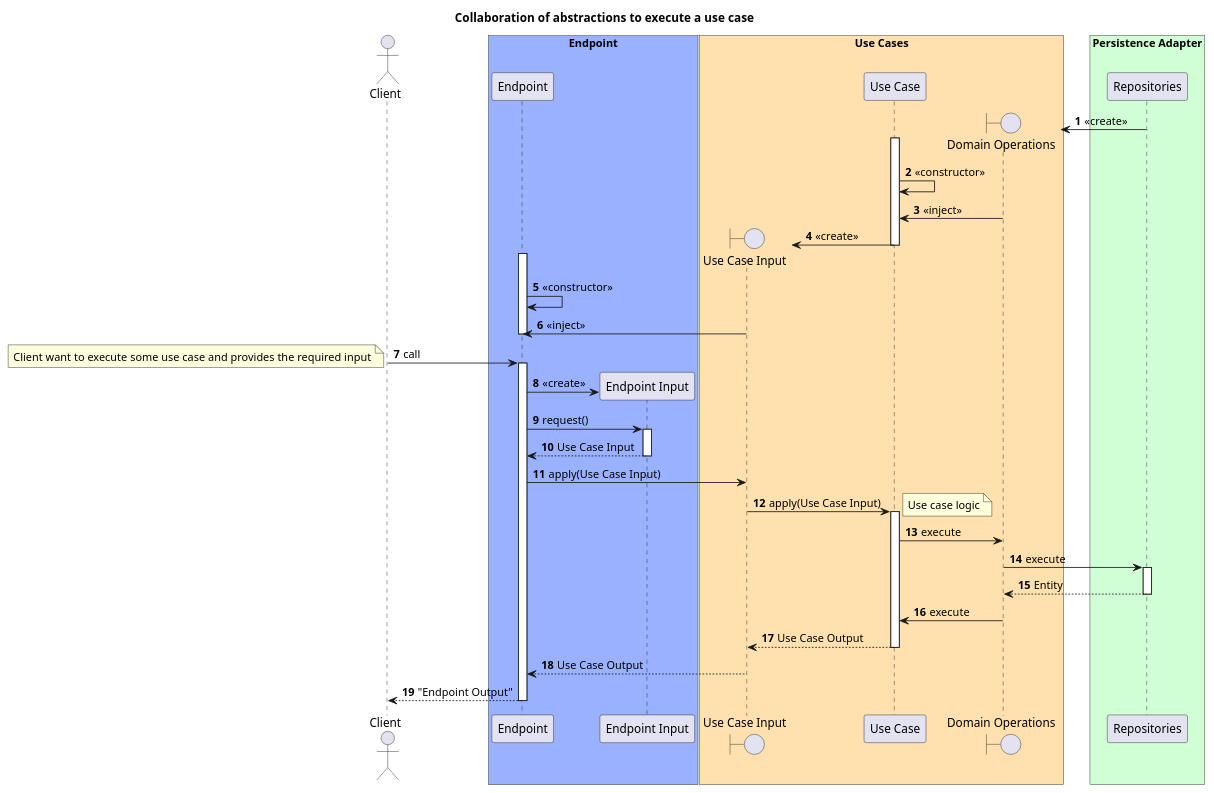
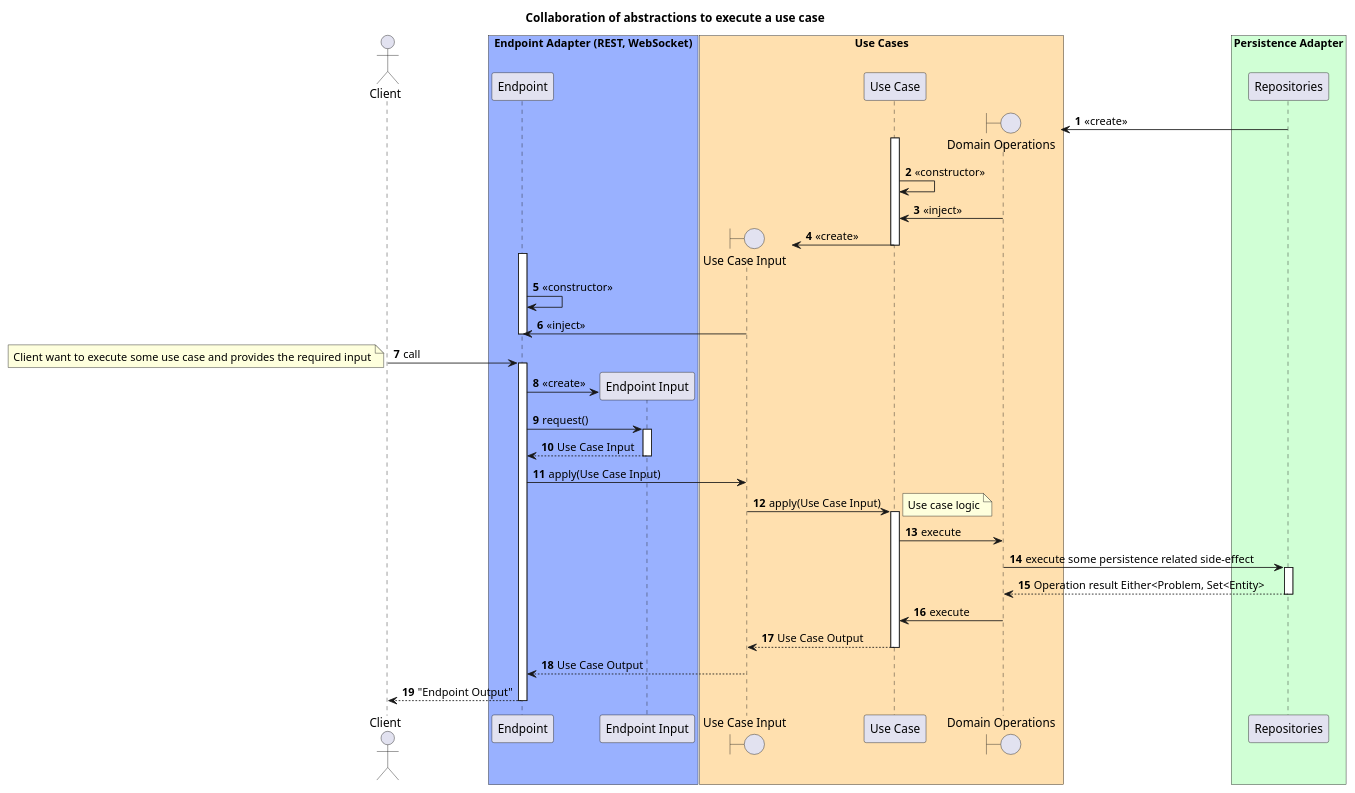
One commit to RFS-0/ch.resrc.tichu changed the second of 2 diagrams in documentation/use-cases.adoc. Above: the diagram before and after it, drawn with PlantUML. The commit also changed other lines of this file and 2 other files, not shown here.

Commit message:
Be more specific on interactions between use case and operations

```diff
--- a/documentation/use-cases.adoc
+++ b/documentation/use-cases.adoc
@@ -32,70 +33,70 @@
 [plantuml,login-sequence,svg]
 ....
 @startuml
 title Collaboration of abstractions to execute a use case
 autonumber
 
 actor Client
 boundary "Use Case Input"
 boundary "Domain Operations"
 
-box "Endpoint" #99b1ff
+box "Endpoint Adapter (REST, WebSocket)" #99b1ff
     participant Endpoint
     participant "Endpoint Input"
 end box
 
 box "Use Cases" #ffe0af
     participant "Use Case Input"
     participant "Use Case"
     participant "Domain Operations"
 end box
 
 box "Persistence Adapter" #d0ffd5
     participant Repositories
 end box
 
 
 Repositories -> "Domain Operations" **: <<create>>
 
 activate "Use Case"
 "Use Case" -> "Use Case": <<constructor>>
 "Domain Operations" -> "Use Case" : <<inject>>
 "Use Case" -> "Use Case Input" **: <<create>>
 deactivate "Use Case"
 
 activate Endpoint
 Endpoint -> Endpoint: <<constructor>>
 "Use Case Input" -> Endpoint : <<inject>>
 deactivate Endpoint
 
 Client -> Endpoint: call
 activate Endpoint
 note left: Client want to execute some use case and provides the required input
 Endpoint -> "Endpoint Input" **: <<create>>
 Endpoint -> "Endpoint Input": request()
 activate "Endpoint Input"
 return Use Case Input
 
 
 Endpoint -> "Use Case Input": apply(Use Case Input)
 
 "Use Case Input" -> "Use Case": apply(Use Case Input)
 activate "Use Case"
 note right: Use case logic
 
 "Use Case" -> "Domain Operations": execute
 
-"Domain Operations" -> "Repositories": execute
+"Domain Operations" -> "Repositories": execute some persistence related side-effect
 activate Repositories
-return Entity
+return Operation result Either<Problem, Set<Entity>
 
 "Domain Operations" -> "Use Case": execute
 
 return Use Case Output
 
 "Use Case Input" --> Endpoint: Use Case Output
 
 return "Endpoint Output"
 
 @enduml
 ....
```
